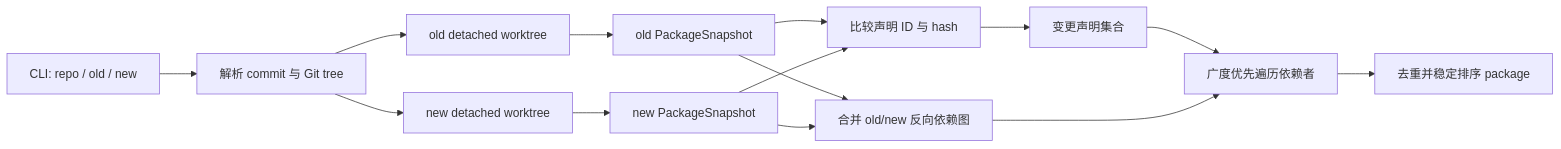
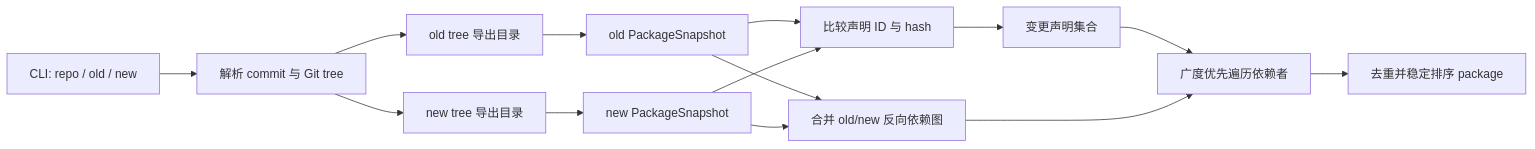
One commit to jimyag/ripples changed the diagram in docs/architecture.md. Above: the diagram before and after it, drawn with Mermaid. The commit also changed other lines of this file and 31 other files, not shown here.

````diff
--- a/docs/architecture.md
+++ b/docs/architecture.md
@@ -9,16 +9,16 @@
 ```mermaid
 flowchart LR
     CLI["CLI: repo / old / new"] --> Resolve["解析 commit 与 Git tree"]
-    Resolve --> Old["old detached worktree"]
-    Resolve --> New["new detached worktree"]
+    Resolve --> Old["old tree 导出目录"]
+    Resolve --> New["new tree 导出目录"]
     Old --> OldSnapshot["old PackageSnapshot"]
     New --> NewSnapshot["new PackageSnapshot"]
     OldSnapshot --> Compare["比较声明 ID 与 hash"]
     NewSnapshot --> Compare
     Compare --> Changed["变更声明集合"]
     OldSnapshot --> Reverse["合并 old/new 反向依赖图"]
     NewSnapshot --> Reverse
     Changed --> Walk["广度优先遍历依赖者"]
     Reverse --> Walk
     Walk --> Packages["去重并稳定排序 package"]
 ```
````
